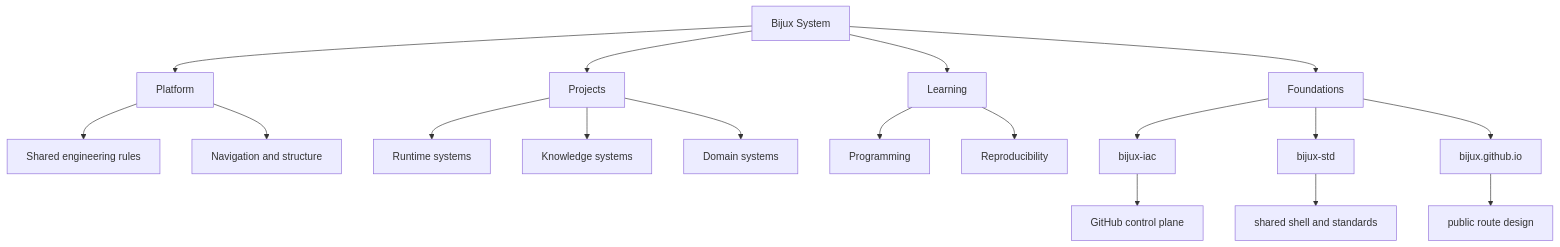
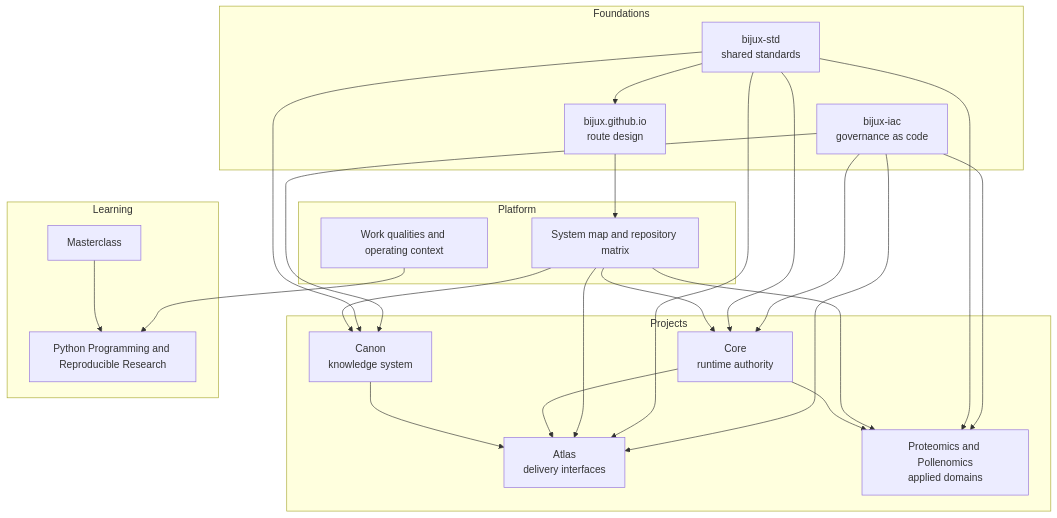
The diagram in docs/01-platform/system-map/index.md (bijux/bijux.github.io), drawn with Mermaid before and after one commit. The commit also changed other lines of this file, not shown here.

Commit message:
docs(platform): redraw system map

````diff
--- a/docs/01-platform/system-map/index.md
+++ b/docs/01-platform/system-map/index.md
@@ -31,25 +31,45 @@
 ```mermaid
 graph TD
-    system["Bijux System"] --> platform["Platform"]
-    system --> projects["Projects"]
-    system --> learning["Learning"]
-    system --> foundations["Foundations"]
+    subgraph foundations["Foundations"]
+        iac["bijux-iac<br/>governance as code"]
+        std["bijux-std<br/>shared standards"]
+        hub["bijux.github.io<br/>route design"]
+    end
 
-    platform --> principles["Shared engineering rules"]
-    platform --> structure["Navigation and structure"]
+    subgraph platform["Platform"]
+        maps["System map and repository matrix"]
+        qualities["Work qualities and operating context"]
+    end
 
-    projects --> runtime["Runtime systems"]
-    projects --> knowledge["Knowledge systems"]
-    projects --> domain["Domain systems"]
+    subgraph projects["Projects"]
+        core["Core<br/>runtime authority"]
+        canon["Canon<br/>knowledge system"]
+        atlas["Atlas<br/>delivery interfaces"]
+        domains["Proteomics and Pollenomics<br/>applied domains"]
+    end
 
-    learning --> programming["Programming"]
-    learning --> reproducibility["Reproducibility"]
+    subgraph learning["Learning"]
+        masterclass["Masterclass"]
+        programs["Python Programming and Reproducible Research"]
+    end
 
-    foundations --> iac["bijux-iac"]
-    foundations --> std["bijux-std"]
-    foundations --> hub["bijux.github.io"]
-
-    iac --> governance["GitHub control plane"]
-    std --> project_docs["shared shell and standards"]
-    hub --> orientation["public route design"]
+    iac --> core
+    iac --> canon
+    iac --> atlas
+    iac --> domains
+    std --> hub
+    std --> core
+    std --> canon
+    std --> atlas
+    std --> domains
+    hub --> maps
+    maps --> core
+    maps --> canon
+    maps --> atlas
+    maps --> domains
+    qualities --> programs
+    core --> atlas
+    core --> domains
+    canon --> atlas
+    masterclass --> programs
 ```
````
